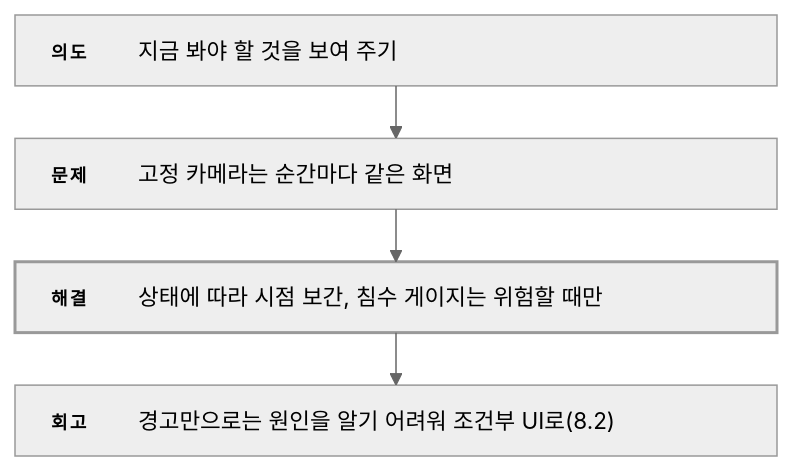
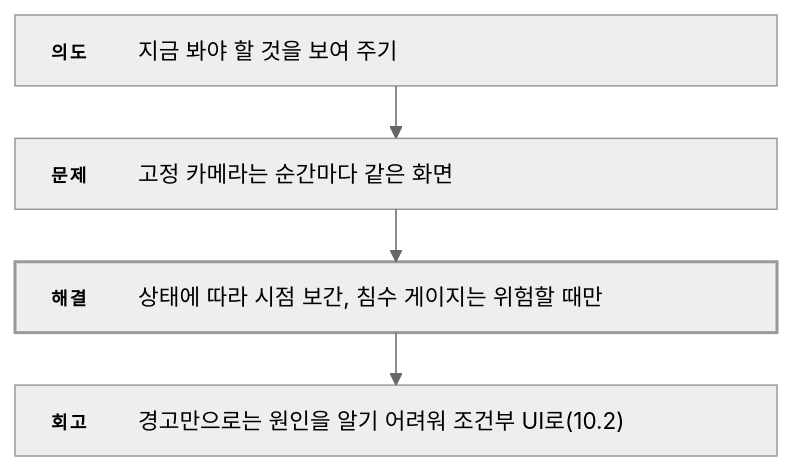
One commit to ashadeveloperr/ashadeveloperr.github.io changed the seventh of 7 diagrams in src/2-project-babel/기술문서.md. Above: the diagram before and after it, drawn with Mermaid (neutral theme). The commit also changed other lines of this file and 8 other files, not shown here.

````diff
--- a/src/2-project-babel/기술문서.md
+++ b/src/2-project-babel/기술문서.md
@@ -535,18 +516,18 @@
 ```mermaid
 ---
 config:
   layout: elk
   flowchart:
     wrappingWidth: 520
     padding: 12
 ---
 flowchart TB
   %% feature-flow — _local/flow-diagrams.py가 만듦
   I["<div style='width:460px;display:flex;gap:14px;align-items:baseline;text-align:left;white-space:normal'><span style='flex:0 0 44px;padding-top:2px;font-size:12px;font-weight:700;letter-spacing:.12em;color:var(--accent-ink)'>의도</span><span style='flex:1;font-size:15px;line-height:1.55;color:var(--ink)'>지금 봐야 할 것을 보여 주기</span></div>"]
   P["<div style='width:460px;display:flex;gap:14px;align-items:baseline;text-align:left;white-space:normal'><span style='flex:0 0 44px;padding-top:2px;font-size:12px;font-weight:700;letter-spacing:.12em;color:var(--accent-ink)'>문제</span><span style='flex:1;font-size:15px;line-height:1.55;color:var(--ink)'>고정 카메라는 순간마다 같은 화면</span></div>"]
   S["<div style='width:460px;display:flex;gap:14px;align-items:baseline;text-align:left;white-space:normal'><span style='flex:0 0 44px;padding-top:2px;font-size:12px;font-weight:700;letter-spacing:.12em;color:var(--accent-ink)'>해결</span><span style='flex:1;font-size:15px;line-height:1.55;color:var(--ink)'>상태에 따라 시점 보간, 침수 게이지는 위험할 때만</span></div>"]
-  R["<div style='width:460px;display:flex;gap:14px;align-items:baseline;text-align:left;white-space:normal'><span style='flex:0 0 44px;padding-top:2px;font-size:12px;font-weight:700;letter-spacing:.12em;color:var(--accent-ink)'>회고</span><span style='flex:1;font-size:15px;line-height:1.55;color:var(--ink)'>경고만으로는 원인을 알기 어려워 조건부 UI로(8.2)</span></div>"]
+  R["<div style='width:460px;display:flex;gap:14px;align-items:baseline;text-align:left;white-space:normal'><span style='flex:0 0 44px;padding-top:2px;font-size:12px;font-weight:700;letter-spacing:.12em;color:var(--accent-ink)'>회고</span><span style='flex:1;font-size:15px;line-height:1.55;color:var(--ink)'>경고만으로는 원인을 알기 어려워 조건부 UI로(10.2)</span></div>"]
   I --> P --> S --> R
   classDef key stroke-width:2px
   class S key
 ```
````
